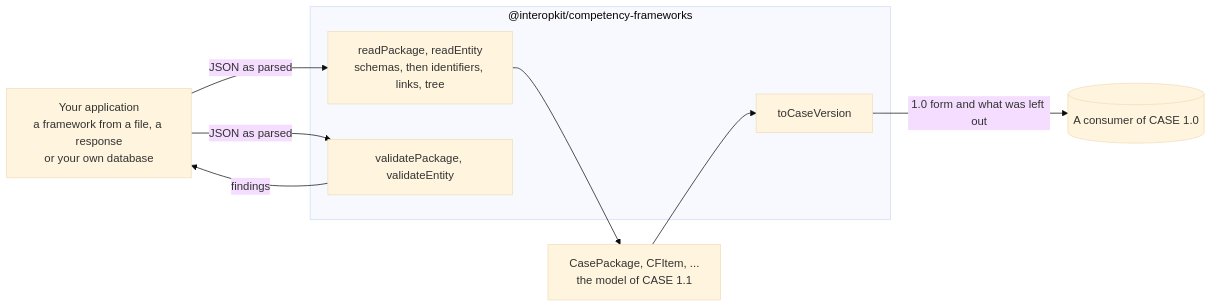
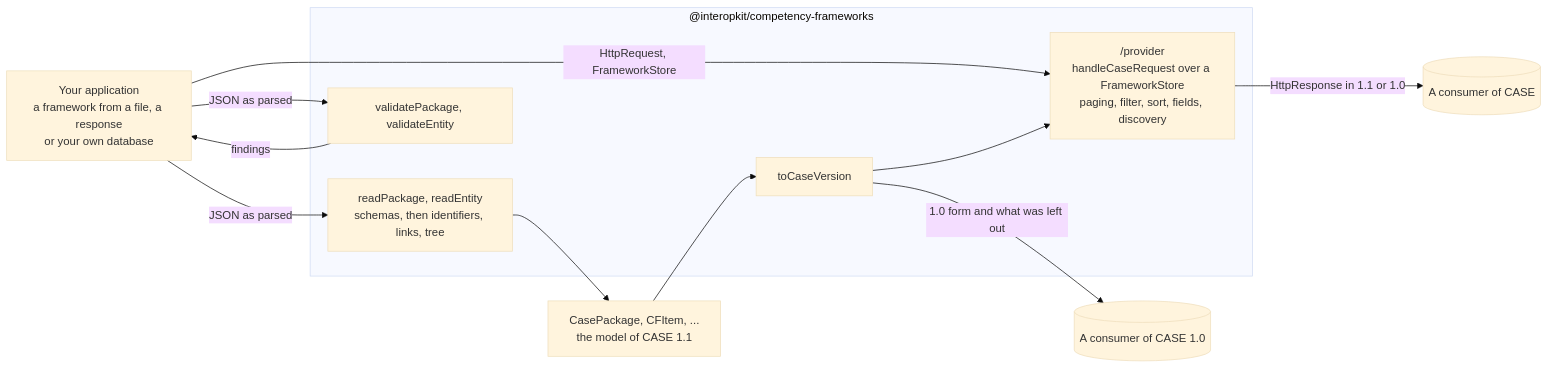
Before and after one commit to interopkit/interopkit: the diagram in packages/competency-frameworks/README.md, drawn with Mermaid (base theme). The commit also changed other lines of this file and 49 other files, not shown here.

First line of the commit message:
Add the CASE provider: router, both version paths, query grammar, collation, fields and discovery

````diff
--- a/packages/competency-frameworks/README.md
+++ b/packages/competency-frameworks/README.md
@@ -9,17 +9,22 @@
 ```mermaid
 flowchart LR
   host["Your application<br/>a framework from a file, a response<br/>or your own database"]
   subgraph pkg["@interopkit/competency-frameworks"]
     read["readPackage, readEntity<br/>schemas, then identifiers, links, tree"]
     validate["validatePackage, validateEntity"]
     version["toCaseVersion"]
+    provider["/provider<br/>handleCaseRequest over a FrameworkStore<br/>paging, filter, sort, fields, discovery"]
   end
   model["CasePackage, CFItem, ...<br/>the model of CASE 1.1"]
   old[("A consumer of CASE 1.0")]
   host -->|"JSON as parsed"| read
   read --> model
   host -->|"JSON as parsed"| validate
   validate -->|"findings"| host
   model --> version
   version -->|"1.0 form and what was left out"| old
+  consumer[("A consumer of CASE")]
+  host -->|"HttpRequest, FrameworkStore"| provider
+  provider -->|"HttpResponse in 1.1 or 1.0"| consumer
+  version --> provider
 ```
````
